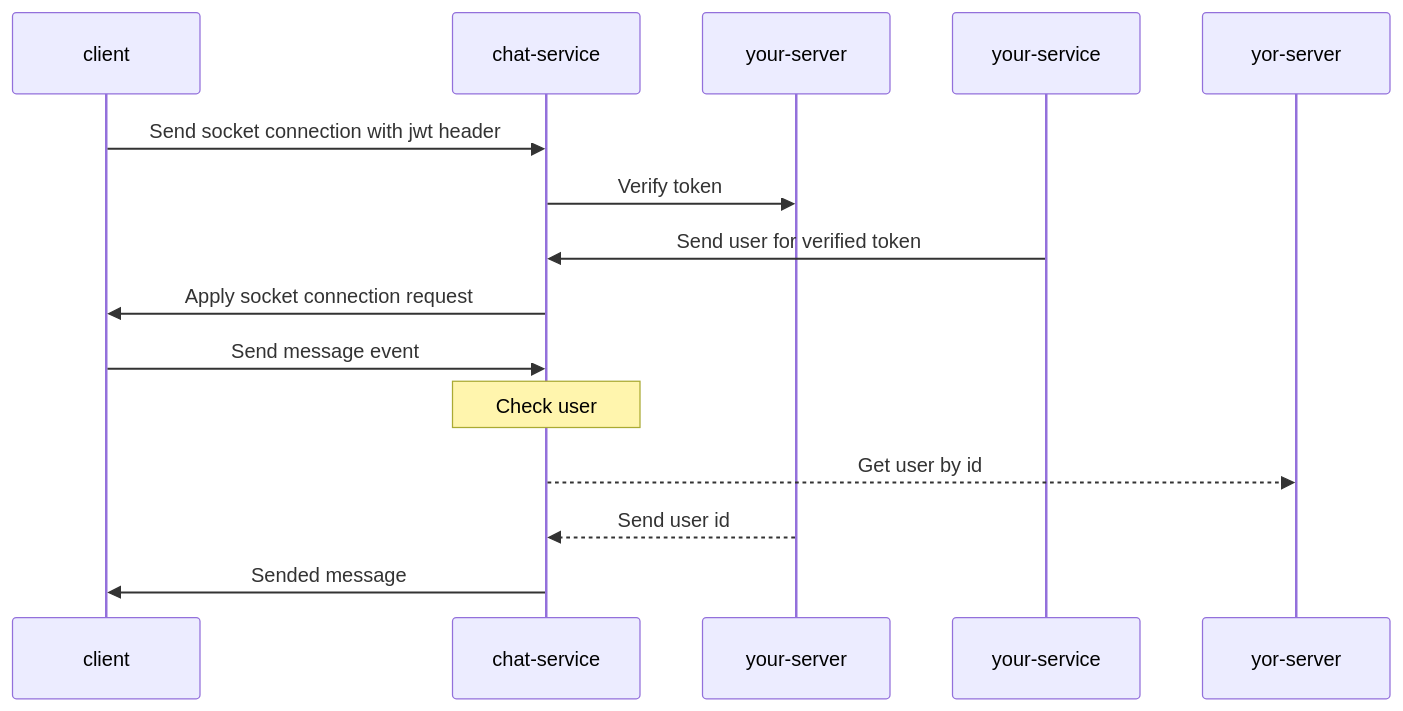
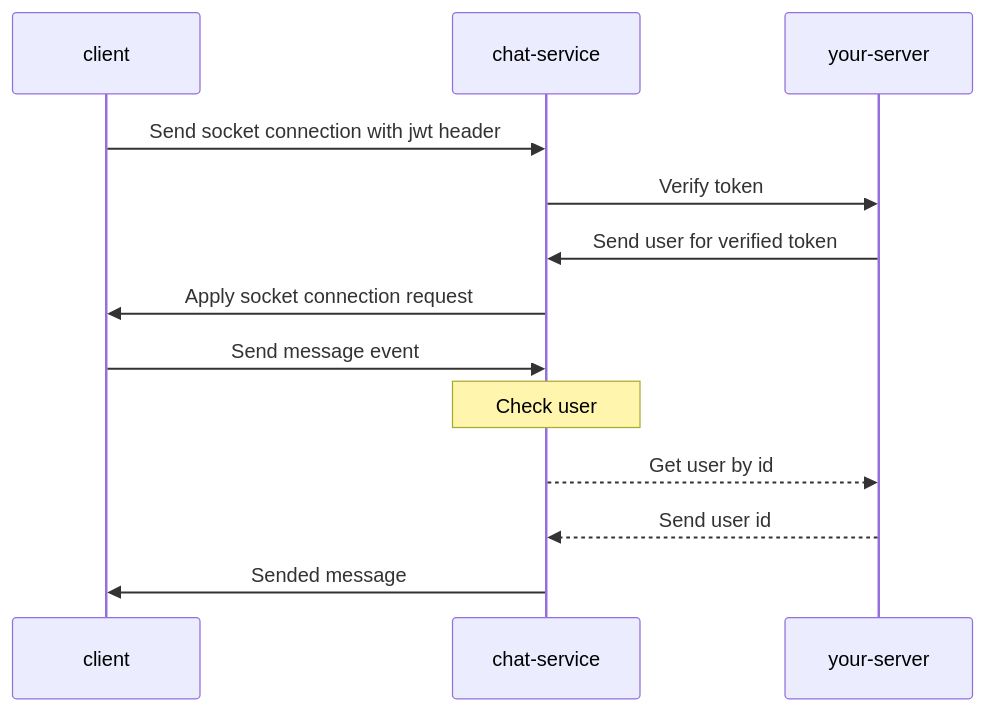
Before and after one commit to EmreKb/chat-service: the diagram in README.md, drawn with Mermaid.

Commit message:
doc: fix name

````diff
--- a/README.md
+++ b/README.md
@@ -13,15 +13,15 @@
 ```mermaid
 sequenceDiagram
     participant client
     participant chat-service
     participant your-server
     client->>chat-service: Send socket connection with jwt header
     chat-service->>your-server: Verify token
-    your-service->>chat-service: Send user for verified token
+    your-server->>chat-service: Send user for verified token
     chat-service->>client: Apply socket connection request
     client->>chat-service: Send message event
     note over chat-service: Check user
-    chat-service-->>yor-server: Get user by id
+    chat-service-->>your-server: Get user by id
     your-server-->>chat-service: Send user id
     chat-service->>client: Sended message
 ```
````
